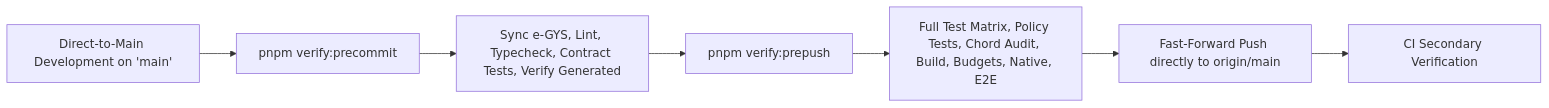
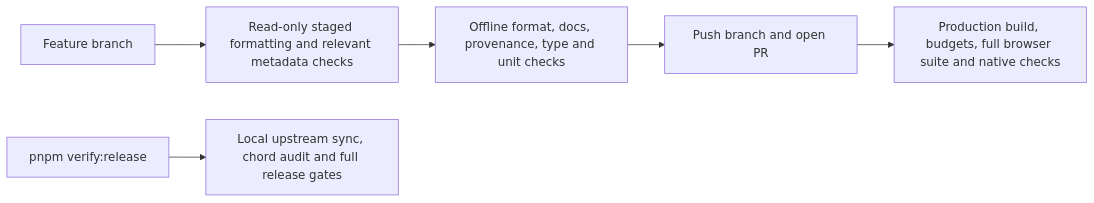
One commit to gyspnk/GYSApp-Tauri changed diagram 20 of 21 in docs/architecture.md. Above: the diagram before and after it, drawn with Mermaid. The commit also changed other lines of this file and 14 other files, not shown here.

````diff
--- a/docs/architecture.md
+++ b/docs/architecture.md
@@ -439,9 +439,8 @@
 ```mermaid
 flowchart LR
-  DEV["Direct-to-Main Development on 'main'"] --> PRECOMMIT["pnpm verify:precommit"]
-  PRECOMMIT --> HOOK1["Sync e-GYS, Lint, Typecheck, Contract Tests, Verify Generated"]
-  HOOK1 --> PREPUSH["pnpm verify:prepush"]
-  PREPUSH --> HOOK2["Full Test Matrix, Policy Tests, Chord Audit, Build, Budgets, Native, E2E"]
-  HOOK2 --> PUSH["Fast-Forward Push directly to origin/main"]
-  PUSH --> CI["CI Secondary Verification"]
+  DEV["Feature branch"] --> PRECOMMIT["Read-only staged formatting and relevant metadata checks"]
+  PRECOMMIT --> PREPUSH["Offline format, docs, provenance, type and unit checks"]
+  PREPUSH --> PR["Push branch and open PR"]
+  PR --> CI["Production build, budgets, full browser suite and native checks"]
+  RELEASE["pnpm verify:release"] --> FULL["Local upstream sync, chord audit and full release gates"]
 ```
````
